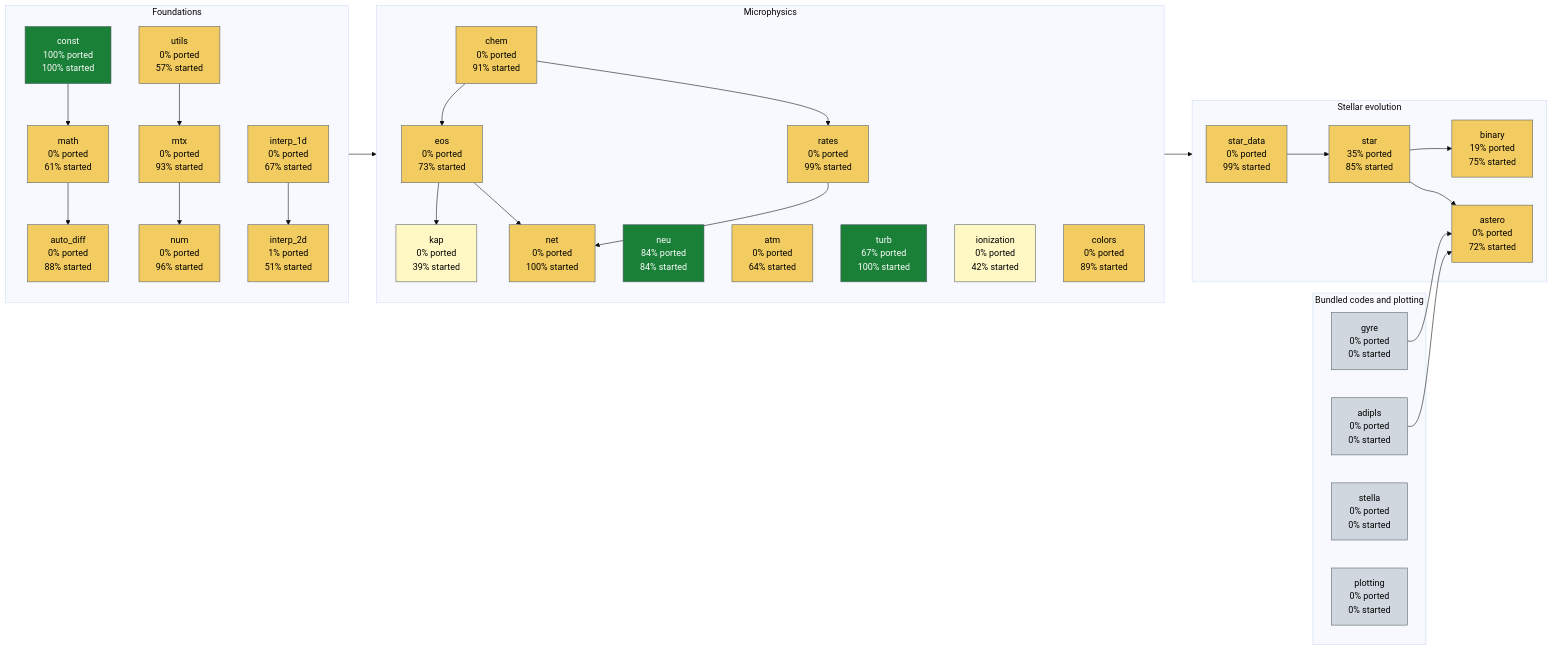
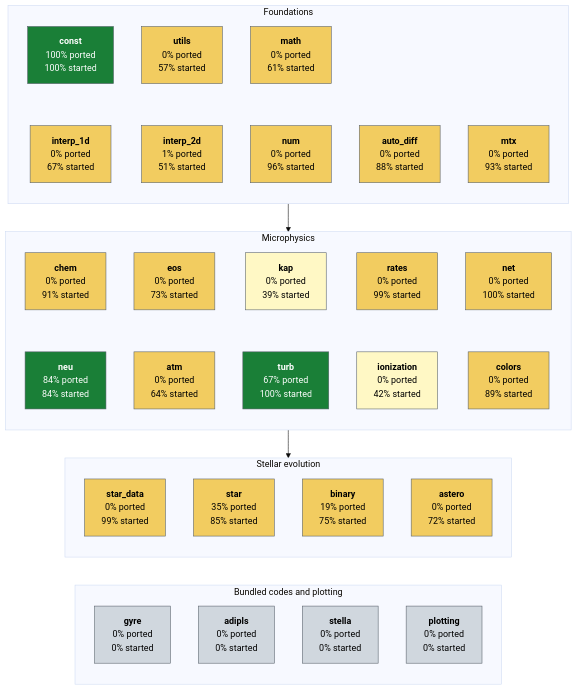
Before and after one commit to joshspeagle/FlexMESA: the second of 2 diagrams in README.md, drawn with Mermaid (base theme). The commit also changed other lines of this file and 5 other files, not shown here.

````diff
--- a/README.md
+++ b/README.md
@@ -39,58 +39,56 @@
 ```mermaid
-flowchart LR
+flowchart TB
     subgraph Foundations["Foundations"]
-        const["const<br/>100% ported<br/>100% started"]:::ported
-        utils["utils<br/>0% ported<br/>57% started"]:::partial
-        math["math<br/>0% ported<br/>61% started"]:::partial
-        auto_diff["auto_diff<br/>0% ported<br/>88% started"]:::partial
-        mtx["mtx<br/>0% ported<br/>93% started"]:::partial
-        interp_1d["interp_1d<br/>0% ported<br/>67% started"]:::partial
-        interp_2d["interp_2d<br/>1% ported<br/>51% started"]:::partial
-        num["num<br/>0% ported<br/>96% started"]:::partial
+        direction TB
+        const["<b>const</b><br/>100% ported<br/>100% started"]:::ported
+        utils["<b>utils</b><br/>0% ported<br/>57% started"]:::partial
+        math["<b>math</b><br/>0% ported<br/>61% started"]:::partial
+        auto_diff["<b>auto_diff</b><br/>0% ported<br/>88% started"]:::partial
+        mtx["<b>mtx</b><br/>0% ported<br/>93% started"]:::partial
+        interp_1d["<b>interp_1d</b><br/>0% ported<br/>67% started"]:::partial
+        interp_2d["<b>interp_2d</b><br/>1% ported<br/>51% started"]:::partial
+        num["<b>num</b><br/>0% ported<br/>96% started"]:::partial
+        const ~~~ interp_1d
+        utils ~~~ interp_2d
+        math ~~~ num
     end
     subgraph Microphysics["Microphysics"]
-        chem["chem<br/>0% ported<br/>91% started"]:::partial
-        eos["eos<br/>0% ported<br/>73% started"]:::partial
-        kap["kap<br/>0% ported<br/>39% started"]:::started
-        rates["rates<br/>0% ported<br/>99% started"]:::partial
-        net["net<br/>0% ported<br/>100% started"]:::partial
-        neu["neu<br/>84% ported<br/>84% started"]:::ported
-        atm["atm<br/>0% ported<br/>64% started"]:::partial
-        turb["turb<br/>67% ported<br/>100% started"]:::ported
-        ionization["ionization<br/>0% ported<br/>42% started"]:::started
-        colors["colors<br/>0% ported<br/>89% started"]:::partial
+        direction TB
+        chem["<b>chem</b><br/>0% ported<br/>91% started"]:::partial
+        eos["<b>eos</b><br/>0% ported<br/>73% started"]:::partial
+        kap["<b>kap</b><br/>0% ported<br/>39% started"]:::started
+        rates["<b>rates</b><br/>0% ported<br/>99% started"]:::partial
+        net["<b>net</b><br/>0% ported<br/>100% started"]:::partial
+        neu["<b>neu</b><br/>84% ported<br/>84% started"]:::ported
+        atm["<b>atm</b><br/>0% ported<br/>64% started"]:::partial
+        turb["<b>turb</b><br/>67% ported<br/>100% started"]:::ported
+        ionization["<b>ionization</b><br/>0% ported<br/>42% started"]:::started
+        colors["<b>colors</b><br/>0% ported<br/>89% started"]:::partial
+        chem ~~~ neu
+        eos ~~~ atm
+        kap ~~~ turb
+        rates ~~~ ionization
+        net ~~~ colors
     end
     subgraph Stellar_evolution["Stellar evolution"]
-        star_data["star_data<br/>0% ported<br/>99% started"]:::partial
-        star["star<br/>35% ported<br/>85% started"]:::partial
-        binary["binary<br/>19% ported<br/>75% started"]:::partial
-        astero["astero<br/>0% ported<br/>72% started"]:::partial
+        direction TB
+        star_data["<b>star_data</b><br/>0% ported<br/>99% started"]:::partial
+        star["<b>star</b><br/>35% ported<br/>85% started"]:::partial
+        binary["<b>binary</b><br/>19% ported<br/>75% started"]:::partial
+        astero["<b>astero</b><br/>0% ported<br/>72% started"]:::partial
     end
     subgraph Bundled_codes_and_plotting["Bundled codes and plotting"]
-        gyre["gyre<br/>0% ported<br/>0% started"]:::absent
-        adipls["adipls<br/>0% ported<br/>0% started"]:::absent
-        stella["stella<br/>0% ported<br/>0% started"]:::absent
-        plotting["plotting<br/>0% ported<br/>0% started"]:::absent
+        direction TB
+        gyre["<b>gyre</b><br/>0% ported<br/>0% started"]:::absent
+        adipls["<b>adipls</b><br/>0% ported<br/>0% started"]:::absent
+        stella["<b>stella</b><br/>0% ported<br/>0% started"]:::absent
+        plotting["<b>plotting</b><br/>0% ported<br/>0% started"]:::absent
     end
-    const --> math
-    math --> auto_diff
-    utils --> mtx
-    mtx --> num
-    interp_1d --> interp_2d
-    chem --> eos
-    eos --> kap
-    chem --> rates
-    rates --> net
-    eos --> net
-    star_data --> star
-    star --> binary
-    star --> astero
-    gyre --> astero
-    adipls --> astero
     Foundations --> Microphysics
     Microphysics --> Stellar_evolution
+    Stellar_evolution ~~~ Bundled_codes_and_plotting
     classDef ported fill:#1a7f37,color:#ffffff,stroke:#57606a
     classDef partial fill:#f2cc60,color:#000000,stroke:#57606a
     classDef started fill:#fff8c5,color:#000000,stroke:#57606a
     classDef absent fill:#d0d7de,color:#000000,stroke:#57606a
 ```
````
